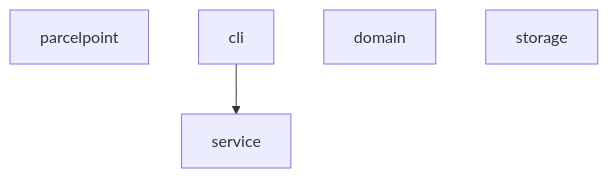
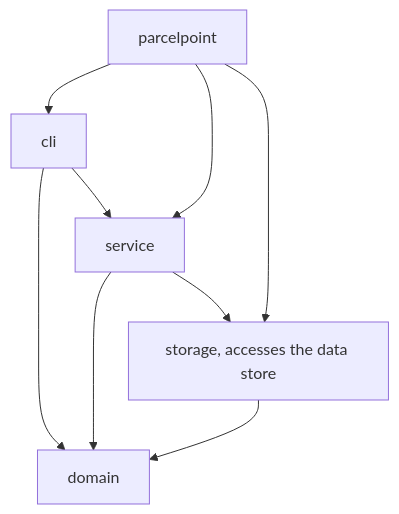
One commit to shaq-2408/itcs382-h2-lab changed the first of 3 diagrams in LAB_REPORT.md. Above: the diagram before and after it, drawn with Mermaid. The commit also changed other lines of this file, not shown here.

````diff
--- a/LAB_REPORT.md
+++ b/LAB_REPORT.md
@@ -107,9 +107,20 @@
 ```mermaid
 flowchart TB
     parcelpoint
     cli
     service
     domain
-    storage
+    storage["storage, accesses the data store"]
+
+    parcelpoint --> cli
+    parcelpoint --> service
+    parcelpoint --> storage
+
+    cli --> domain
     cli --> service
+
+    service --> domain
+    service --> storage
+
+    storage --> domain
 ```
````
